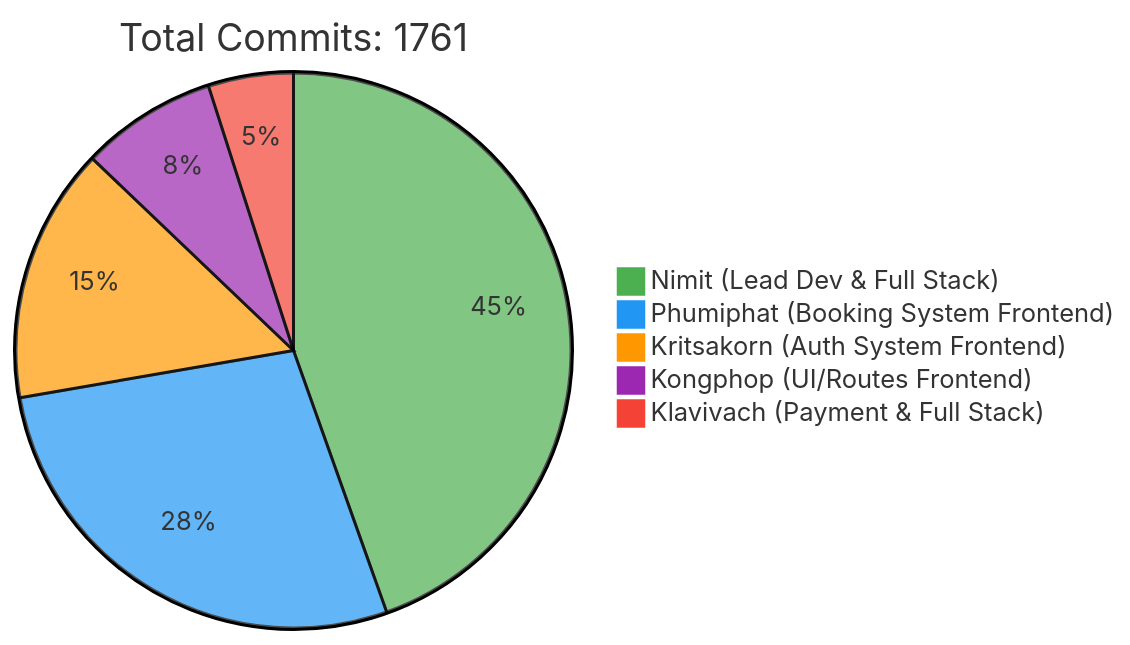
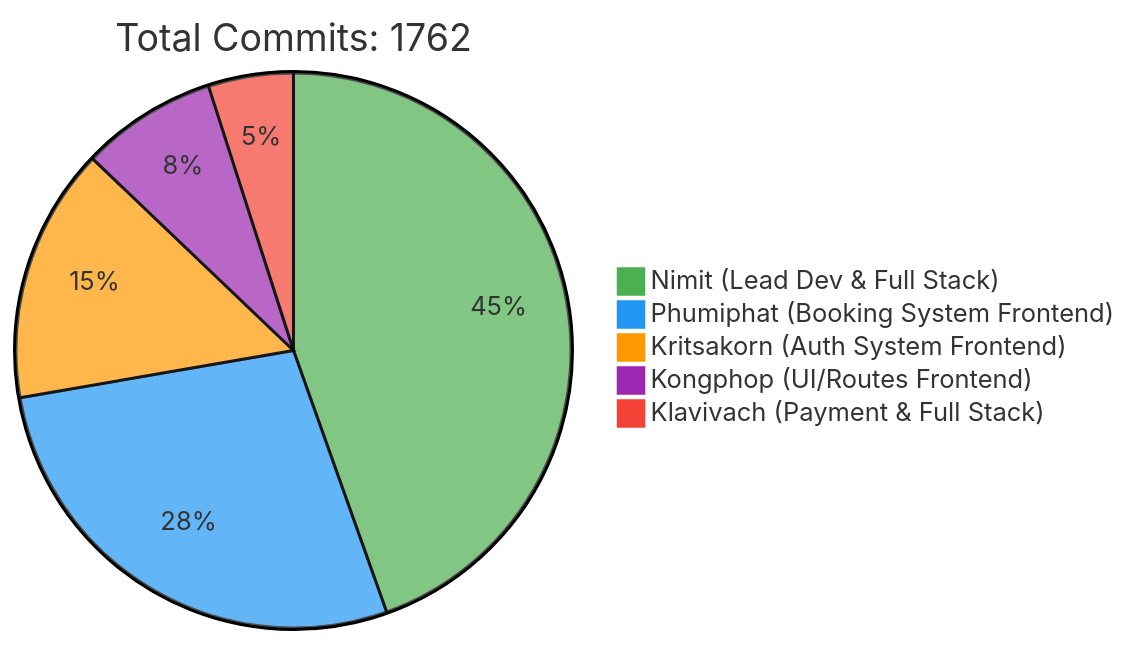
Before and after one commit to 6531503042/Sport-Complex: the first of 2 diagrams in README.md, drawn with Mermaid. The commit also changed other lines of this file, not shown here.

Commit message:
docs: Update contributor statistics [skip ci]

````diff
--- a/README.md
+++ b/README.md
@@ -257,10 +257,10 @@
 ```mermaid
 %%{init: {'theme': 'base', 'themeVariables': { 'pie1': '#4CAF50', 'pie2': '#2196F3', 'pie3': '#FF9800', 'pie4': '#9C27B0', 'pie5': '#F44336'}}}%%
 pie
-    title Total Commits: 1761
+    title Total Commits: 1762
     "Nimit (Lead Dev & Full Stack)" : 450
     "Phumiphat (Booking System Frontend)" : 280
     "Kritsakorn (Auth System Frontend)" : 150
     "Kongphop (UI/Routes Frontend)" : 80
     "Klavivach (Payment & Full Stack)" : 50
 ```
````
